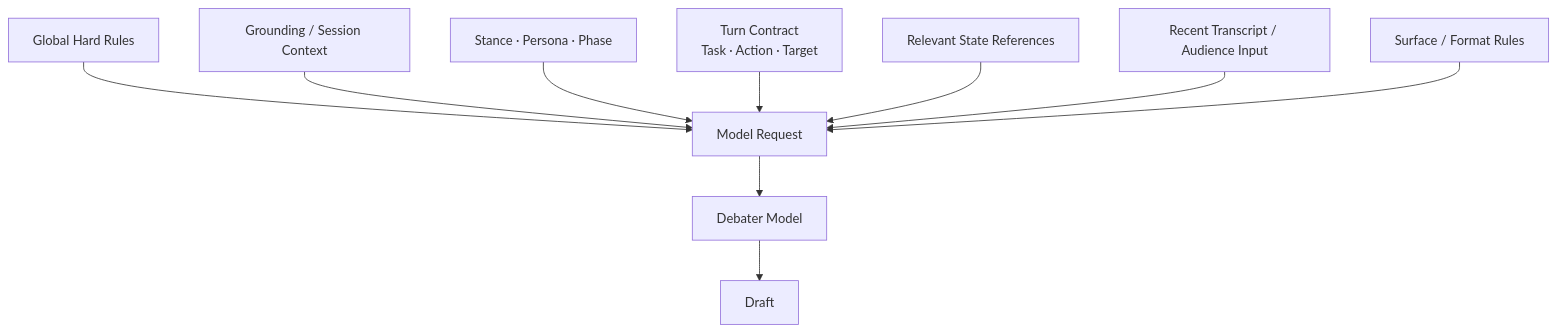
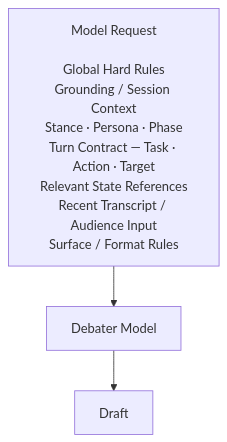
Before and after one commit to hodob/A1-3: the eighth of 11 diagrams in README.md, drawn with Mermaid. The commit also changed other lines of this file, not shown here.

Commit message:
docs: improve GitHub readability of debate diagrams

````diff
--- a/README.md
+++ b/README.md
@@ -434,12 +421,6 @@
 ```mermaid
 flowchart TD
-    A[Global Hard Rules] --> R[Model Request]
-    B[Grounding / Session Context] --> R
-    C[Stance · Persona · Phase] --> R
-    D[Turn Contract<br/>Task · Action · Target] --> R
-    E[Relevant State References] --> R
-    F[Recent Transcript / Audience Input] --> R
-    G[Surface / Format Rules] --> R
+    R[Model Request<br/><br/>Global Hard Rules<br/>Grounding / Session Context<br/>Stance · Persona · Phase<br/>Turn Contract — Task · Action · Target<br/>Relevant State References<br/>Recent Transcript / Audience Input<br/>Surface / Format Rules]
     R --> M[Debater Model]
     M --> O[Draft]
 ```
````
